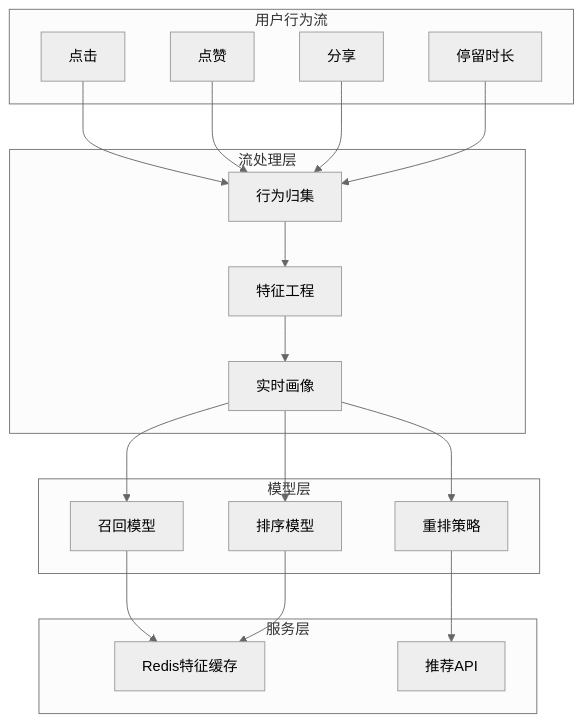
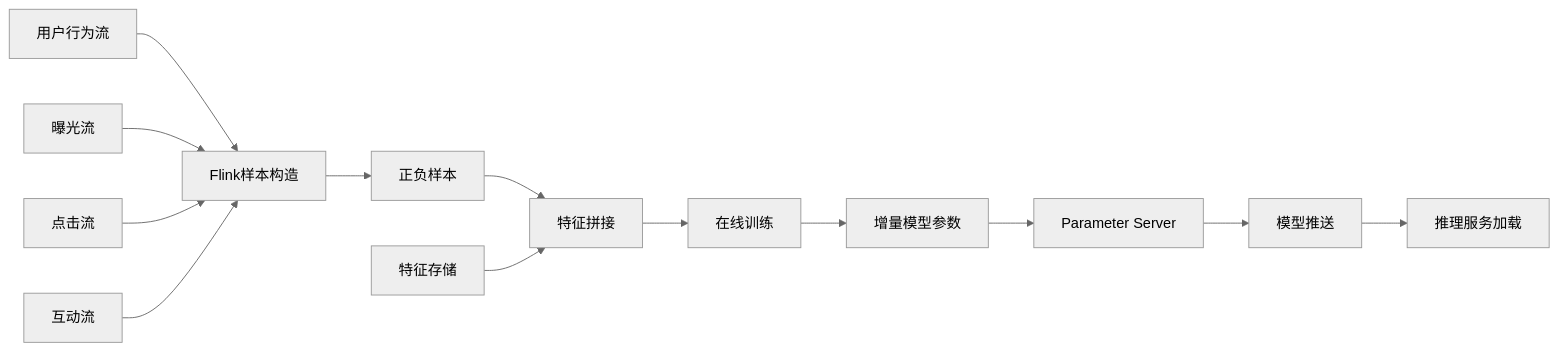
The third of 3 diagrams in phase2-case-studies/social-media/11.5.1-content-recommendation.md (AdaMartin18010/AnalysisDataFlow), drawn with Mermaid (neutral theme) before and after one commit. The commit also changed other lines of this file and 254 other files, not shown here.

````diff
--- a/phase2-case-studies/social-media/11.5.1-content-recommendation.md
+++ b/phase2-case-studies/social-media/11.5.1-content-recommendation.md
@@ -45,38 +357,17 @@
 ```mermaid
-graph TB
-    subgraph Events[用户行为流]
-        E1[点击]
-        E2[点赞]
-        E3[分享]
-        E4[停留时长]
-    end
+flowchart LR
+    A[用户行为流] --> B[Flink样本构造]
+    C[曝光流] --> B
+    D[点击流] --> B
+    E[互动流] --> B
 
-    subgraph FlinkProcess[流处理层]
-        F1[行为归集]
-        F2[特征工程]
-        F3[实时画像]
-    end
+    B --> F[正负样本]
+    F --> G[特征拼接]
+    H[特征存储] --> G
 
-    subgraph Model[模型层]
-        M1[召回模型]
-        M2[排序模型]
-        M3[重排策略]
-    end
-
-    subgraph Serving[服务层]
-        R1[Redis特征缓存]
-        R2[推荐API]
-    end
-
-    E1 --> F1
-    E2 --> F1
-    E3 --> F1
-    E4 --> F1
-    F1 --> F2 --> F3
-    F3 --> M1
-    F3 --> M2
-    F3 --> M3
-    M1 --> R1
-    M2 --> R1
-    M3 --> R2
+    G --> I[在线训练]
+    I --> J[增量模型参数]
+    J --> K[Parameter Server]
+    K --> L[模型推送]
+    L --> M[推理服务加载]
 ```
````
